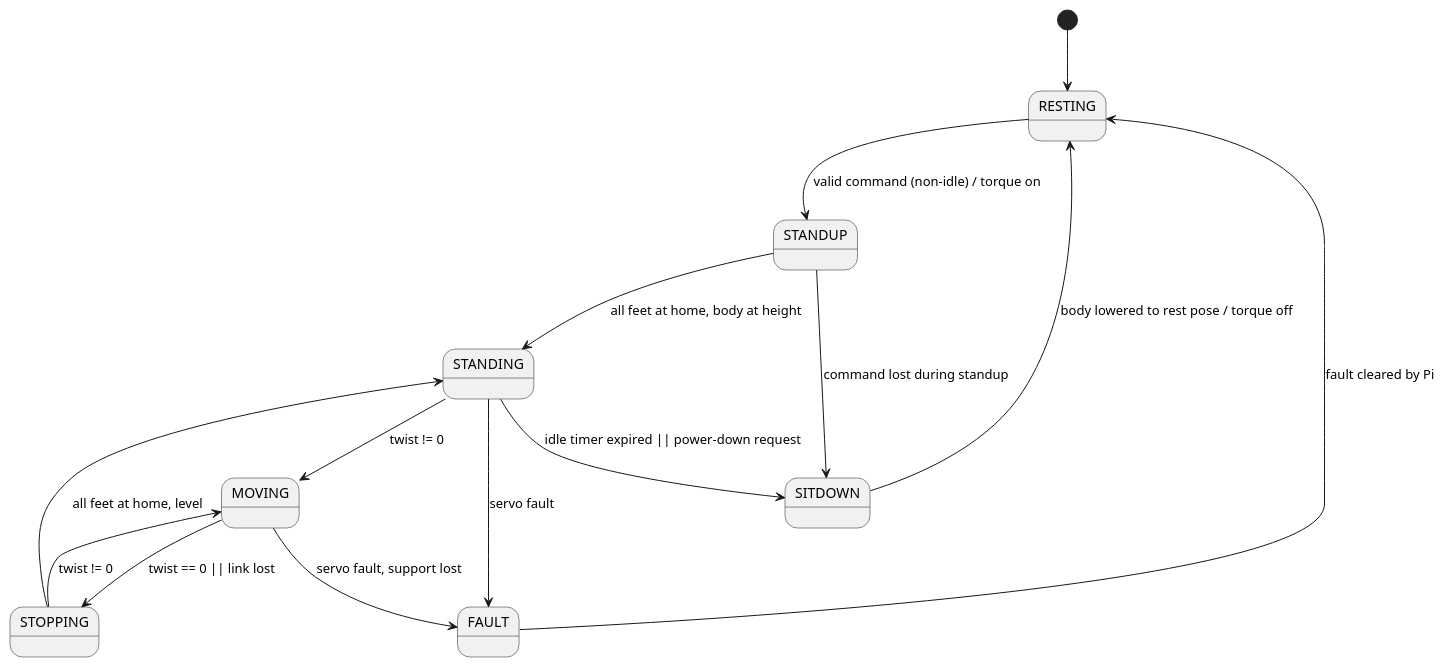
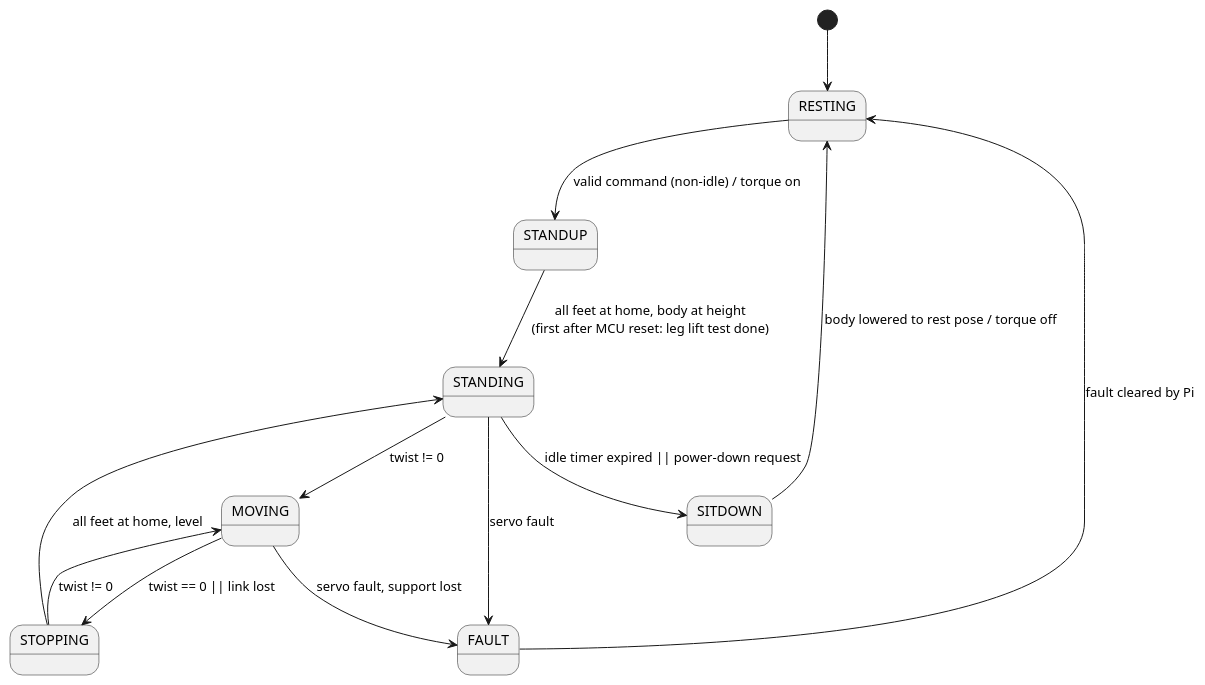
The diagram in docs/design.md (spark404/Hexapod-Controller), drawn with PlantUML before and after one commit. The commit also changed other lines of this file and 2 other files, not shown here.

````diff
--- a/docs/design.md
+++ b/docs/design.md
@@ -397,17 +445,16 @@
 ```plantuml
 @startuml
 [*] --> RESTING
 RESTING --> STANDUP : valid command (non-idle) / torque on
-STANDUP --> STANDING : all feet at home, body at height
+STANDUP --> STANDING : all feet at home, body at height\n(first after MCU reset: leg lift test done)
 STANDING --> MOVING : twist != 0
 MOVING --> STOPPING : twist == 0 || link lost
 STOPPING --> STANDING : all feet at home, level
 STOPPING --> MOVING : twist != 0
 STANDING --> SITDOWN : idle timer expired || power-down request
 SITDOWN --> RESTING : body lowered to rest pose / torque off
-STANDUP --> SITDOWN : command lost during standup
 MOVING --> FAULT : servo fault, support lost
 STANDING --> FAULT : servo fault
 FAULT --> RESTING : fault cleared by Pi
 @enduml
 ```
````
